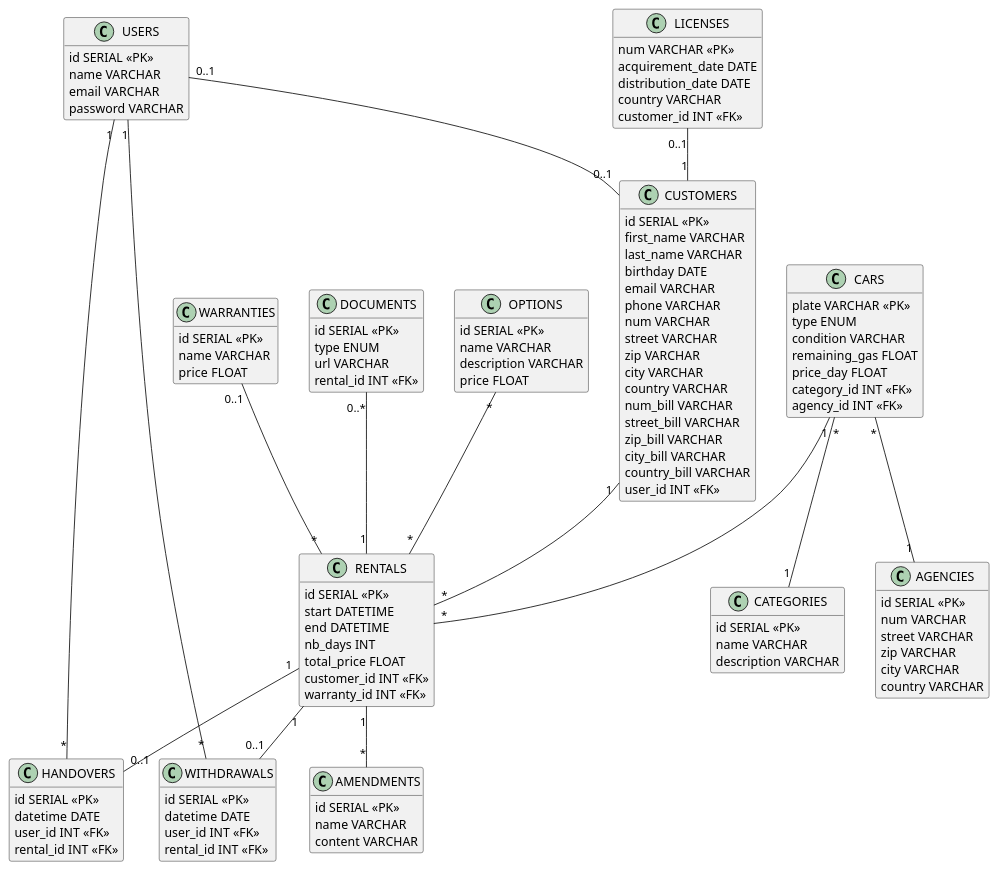
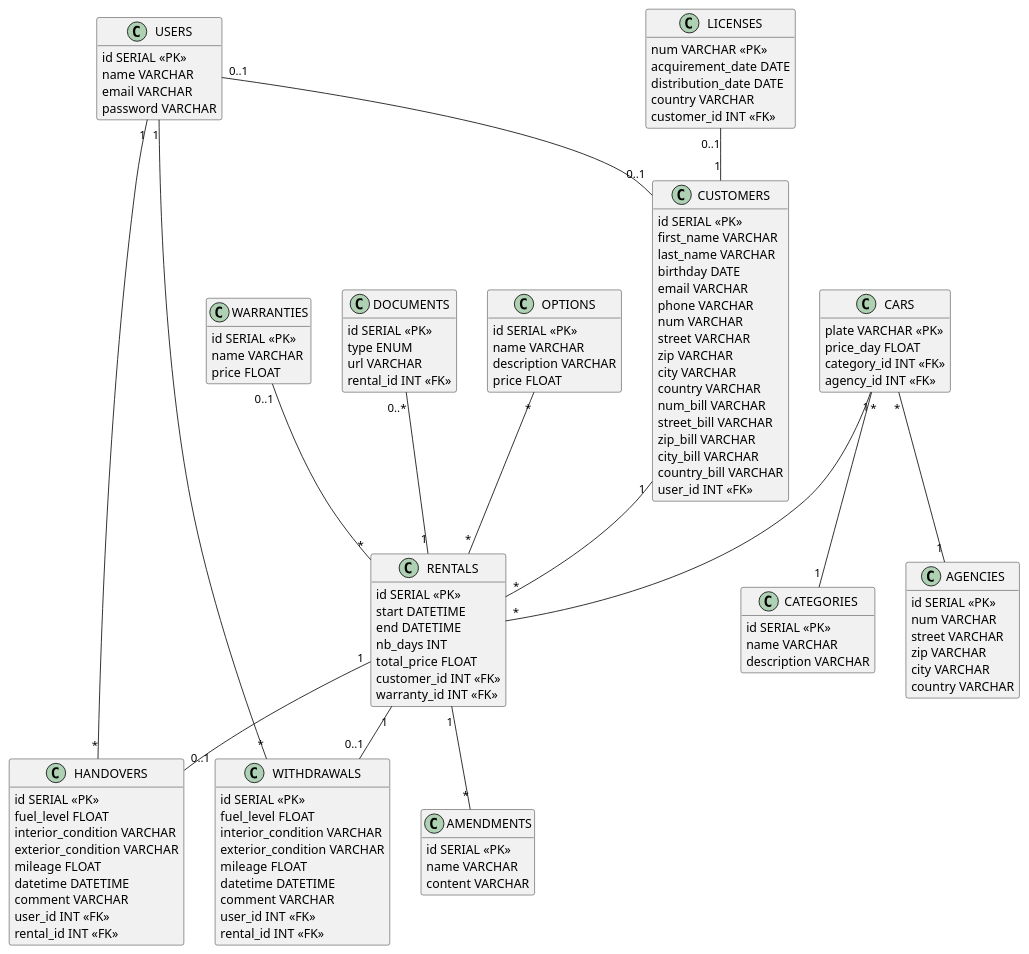
Before and after one commit to axelriv62/roulmapoul-api: the diagram in diagram.puml, drawn with PlantUML.

Commit message:
fix: modification withdrawals et handovers

```diff
--- a/diagram.puml
+++ b/diagram.puml
@@ -1,129 +1,136 @@
 @startuml
 hide empty members
 
 class USERS {
     id SERIAL <<PK>>
     name VARCHAR
     email VARCHAR
     password VARCHAR
 }
 
 class CUSTOMERS {
     id SERIAL <<PK>>
     first_name VARCHAR
     last_name VARCHAR
     birthday DATE
     email VARCHAR
     phone VARCHAR
     num VARCHAR
     street VARCHAR
     zip VARCHAR
     city VARCHAR
     country VARCHAR
     num_bill VARCHAR
     street_bill VARCHAR
     zip_bill VARCHAR
     city_bill VARCHAR
     country_bill VARCHAR
     user_id INT <<FK>>
 }
 
 class RENTALS {
     id SERIAL <<PK>>
     start DATETIME
     end DATETIME
     nb_days INT
     total_price FLOAT
     customer_id INT <<FK>>
     warranty_id INT <<FK>>
 }
 
 class LICENSES {
     num VARCHAR <<PK>>
     acquirement_date DATE
     distribution_date DATE
     country VARCHAR
     customer_id INT <<FK>>
 }
 
 class WARRANTIES {
     id SERIAL <<PK>>
     name VARCHAR
     price FLOAT
 }
 
 class AMENDMENTS {
     id SERIAL <<PK>>
     name VARCHAR
     content VARCHAR
 }
 
 class DOCUMENTS {
     id SERIAL <<PK>>
     type ENUM
     url VARCHAR
     rental_id INT <<FK>>
 }
 
 class WITHDRAWALS {
     id SERIAL <<PK>>
-    datetime DATE
+    fuel_level FLOAT
+    interior_condition VARCHAR
+    exterior_condition VARCHAR
+    mileage FLOAT
+    datetime DATETIME
+    comment VARCHAR
     user_id INT <<FK>>
     rental_id INT <<FK>>
 }
 
 class HANDOVERS {
     id SERIAL <<PK>>
-    datetime DATE
+    fuel_level FLOAT
+    interior_condition VARCHAR
+    exterior_condition VARCHAR
+    mileage FLOAT
+    datetime DATETIME
+    comment VARCHAR
     user_id INT <<FK>>
     rental_id INT <<FK>>
 }
 
 class CARS {
     plate VARCHAR <<PK>>
-    type ENUM
-    condition VARCHAR
-    remaining_gas FLOAT
     price_day FLOAT
     category_id INT <<FK>>
     agency_id INT <<FK>>
 }
 
 class OPTIONS {
     id SERIAL <<PK>>
     name VARCHAR
     description VARCHAR
     price FLOAT
 }
 
 class CATEGORIES {
     id SERIAL <<PK>>
     name VARCHAR
     description VARCHAR
 }
 
 class AGENCIES {
     id SERIAL <<PK>>
     num VARCHAR
     street VARCHAR
     zip VARCHAR
     city VARCHAR
     country VARCHAR
 }
 
 CARS "*" -- "1" AGENCIES
 CARS "*" -- "1" CATEGORIES
 CARS "1" -- "*" RENTALS
 RENTALS "1" -- "*" AMENDMENTS
 RENTALS "1" -- "0..1" WITHDRAWALS
 WITHDRAWALS "*" -- "1" USERS
 USERS "0..1" -- "0..1" CUSTOMERS
 LICENSES "0..1" -- "1" CUSTOMERS
 WARRANTIES "0..1" -- "*" RENTALS
 OPTIONS "*" -- "*" RENTALS
 DOCUMENTS "0..*" -- "1" RENTALS
 USERS "1" -- "*" HANDOVERS
 RENTALS "1" -- "0..1" HANDOVERS
 CUSTOMERS "1" -- "*" RENTALS
 
 @enduml
```
